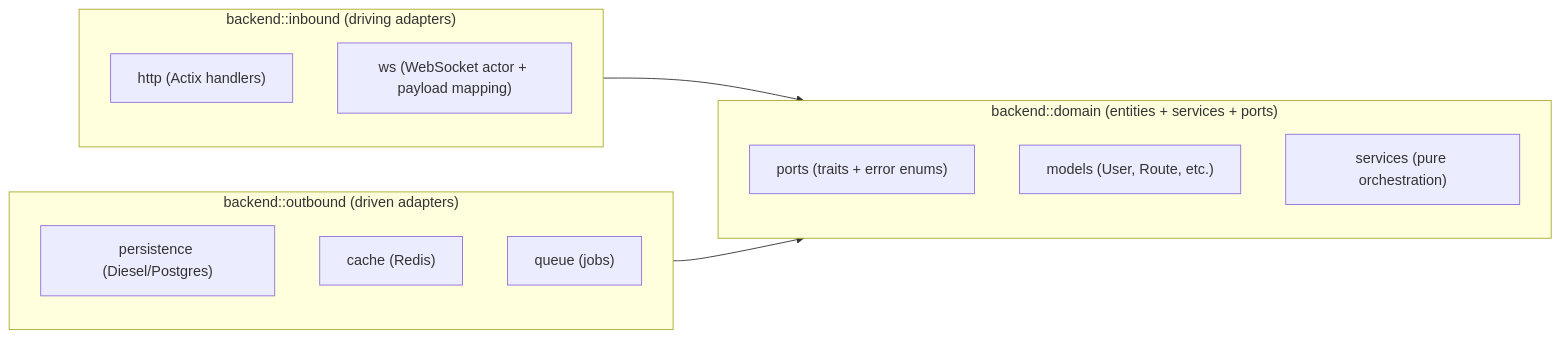
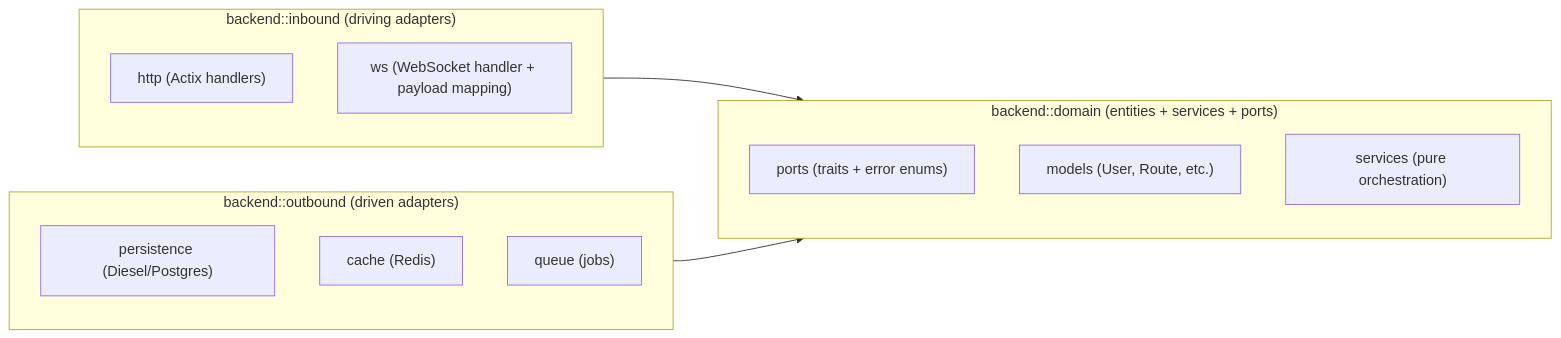
Before and after one commit to leynos/wildside: the first of 6 diagrams in docs/wildside-backend-architecture.md, drawn with Mermaid. The commit also changed other lines of this file and 10 other files, not shown here.

First line of the commit message:
Migrate WebSocket adapter to actix-ws (#265)

````diff
--- a/docs/wildside-backend-architecture.md
+++ b/docs/wildside-backend-architecture.md
@@ -117,22 +117,22 @@
 ```mermaid
 flowchart LR
     subgraph Inbound["backend::inbound (driving adapters)"]
         InHttp["http (Actix handlers)"]
-        InWs["ws (WebSocket actor + payload mapping)"]
+        InWs["ws (WebSocket handler + payload mapping)"]
     end
 
     subgraph Domain["backend::domain (entities + services + ports)"]
         Ports["ports (traits + error enums)"]
         Model["models (User, Route, etc.)"]
         Services["services (pure orchestration)"]
     end
 
     subgraph Outbound["backend::outbound (driven adapters)"]
         OutDb["persistence (Diesel/Postgres)"]
         OutCache["cache (Redis)"]
         OutQueue["queue (jobs)"]
     end
 
     Inbound --> Domain
     Outbound --> Domain
 ```
````
